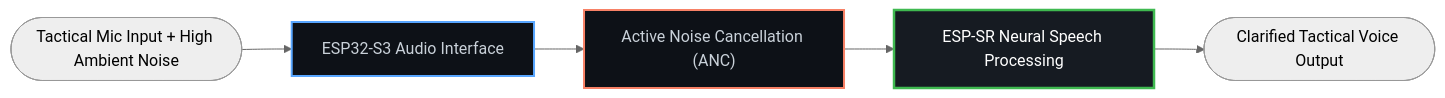
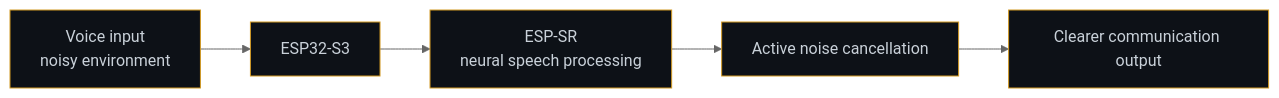
Before and after one commit to kunalchwdry/kunalchwdry: the ninth of 11 diagrams in README.md, drawn with Mermaid (neutral theme). The commit also changed other lines of this file, not shown here.

````diff
--- a/README.md
+++ b/README.md
@@ -515,11 +421,10 @@
 ```mermaid
 flowchart LR
-    MIC(["Tactical Mic Input + High Ambient Noise"]) --> HW["ESP32-S3 Audio Interface"]
-    HW --> ANC["Active Noise Cancellation (ANC)"]
-    ANC --> NS["ESP-SR Neural Speech Processing"]
-    NS --> OUT(["Clarified Tactical Voice Output"])
+    MIC["Voice input<br/>noisy environment"] --> MCU["ESP32-S3"]
+    MCU --> SR["ESP-SR<br/>neural speech processing"]
+    SR --> ANC["Active noise cancellation"]
+    ANC --> OUT["Clearer communication output"]
 
-    style HW fill:#0D1117,stroke:#58A6FF,stroke-width:2px,color:#C9D1D9
-    style ANC fill:#0D1117,stroke:#F78166,stroke-width:2px,color:#C9D1D9
-    style NS fill:#161B22,stroke:#3FB950,stroke-width:2.5px,color:#FFFFFF
+    classDef n fill:#0d1117,stroke:#d29922,color:#c9d1d9;
+    class MIC,MCU,SR,ANC,OUT n;
 ```
````
